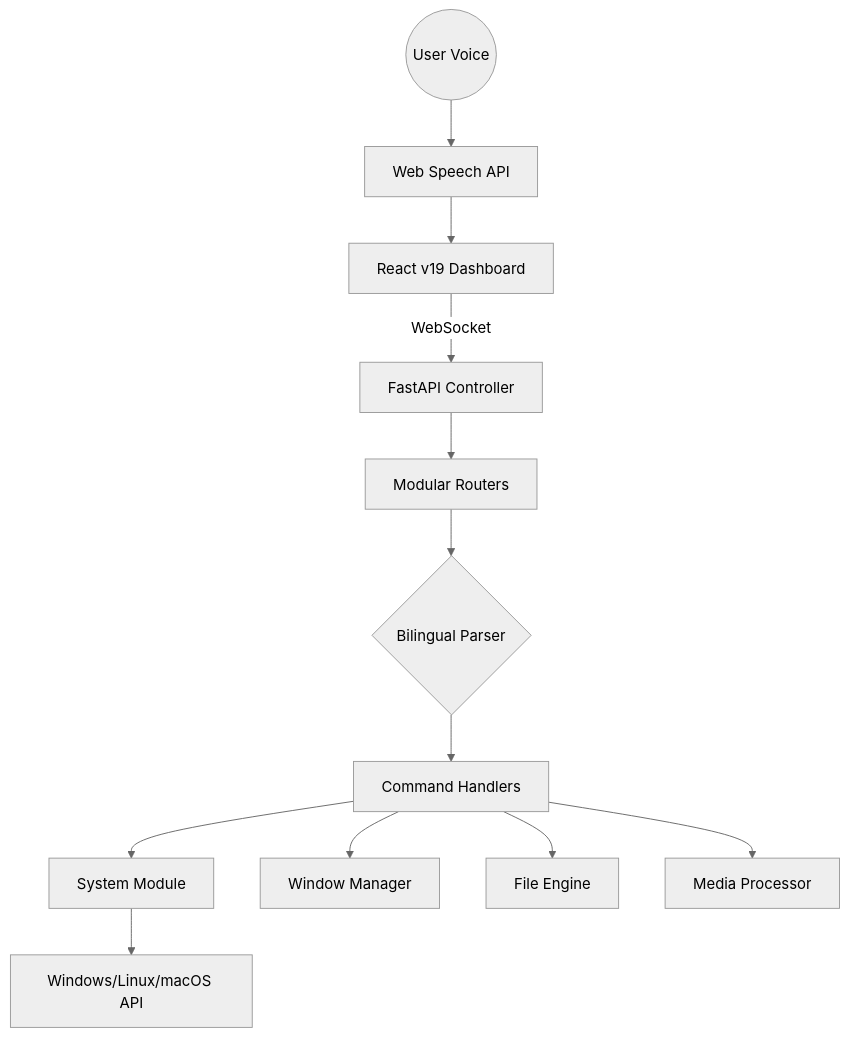
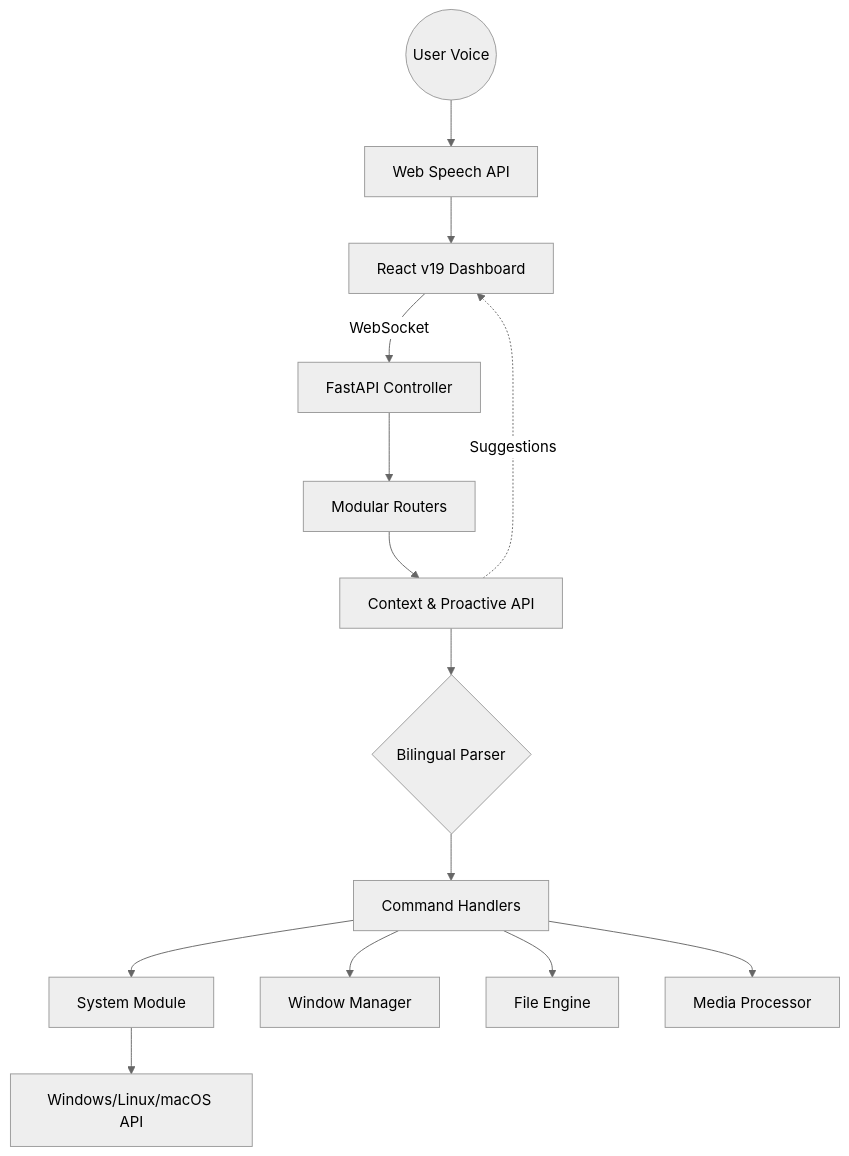
One commit to VIPHACKER100/jarvis-bilingual-adv-ai-assistant changed the diagram in README.md. Above: the diagram before and after it, drawn with Mermaid (neutral theme). The commit also changed other lines of this file, not shown here.

Commit message:
docs: update README with v3.8.0 capabilities and architecture

````diff
--- a/README.md
+++ b/README.md
@@ -269,14 +267,16 @@
 ```mermaid
 graph TD
     User((User Voice)) --> Voice[Web Speech API]
     Voice --> Frontend[React v19 Dashboard]
     Frontend -- WebSocket --> Backend[FastAPI Controller]
     Backend --> Routers[Modular Routers]
-    Routers --> LogicCore{Bilingual Parser}
+    Routers --> Context[Context & Proactive API]
+    Context --> LogicCore{Bilingual Parser}
     LogicCore --> Handlers[Command Handlers]
     Handlers --> System[System Module]
     Handlers --> Window[Window Manager]
     Handlers --> File[File Engine]
     Handlers --> Media[Media Processor]
     System --> OS[Windows/Linux/macOS API]
+    Context -. Suggestions .-> Frontend
 ```
````
